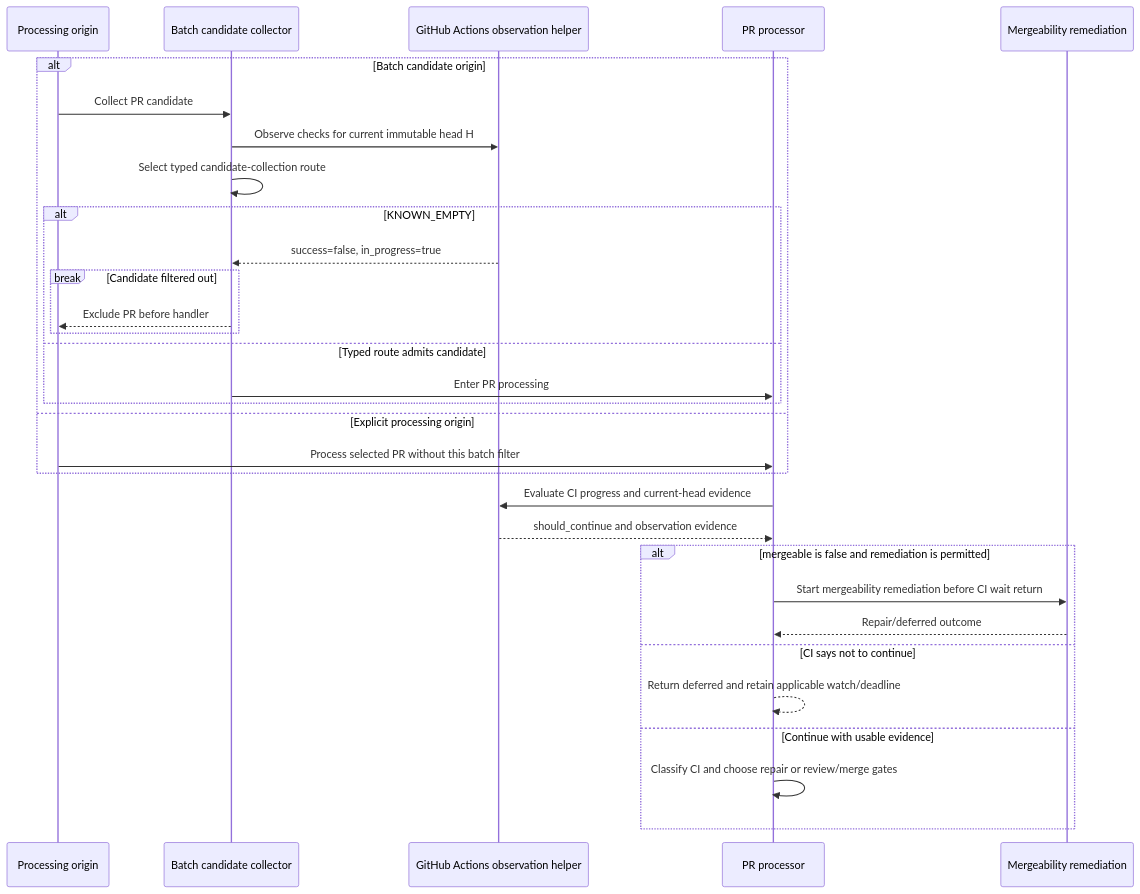
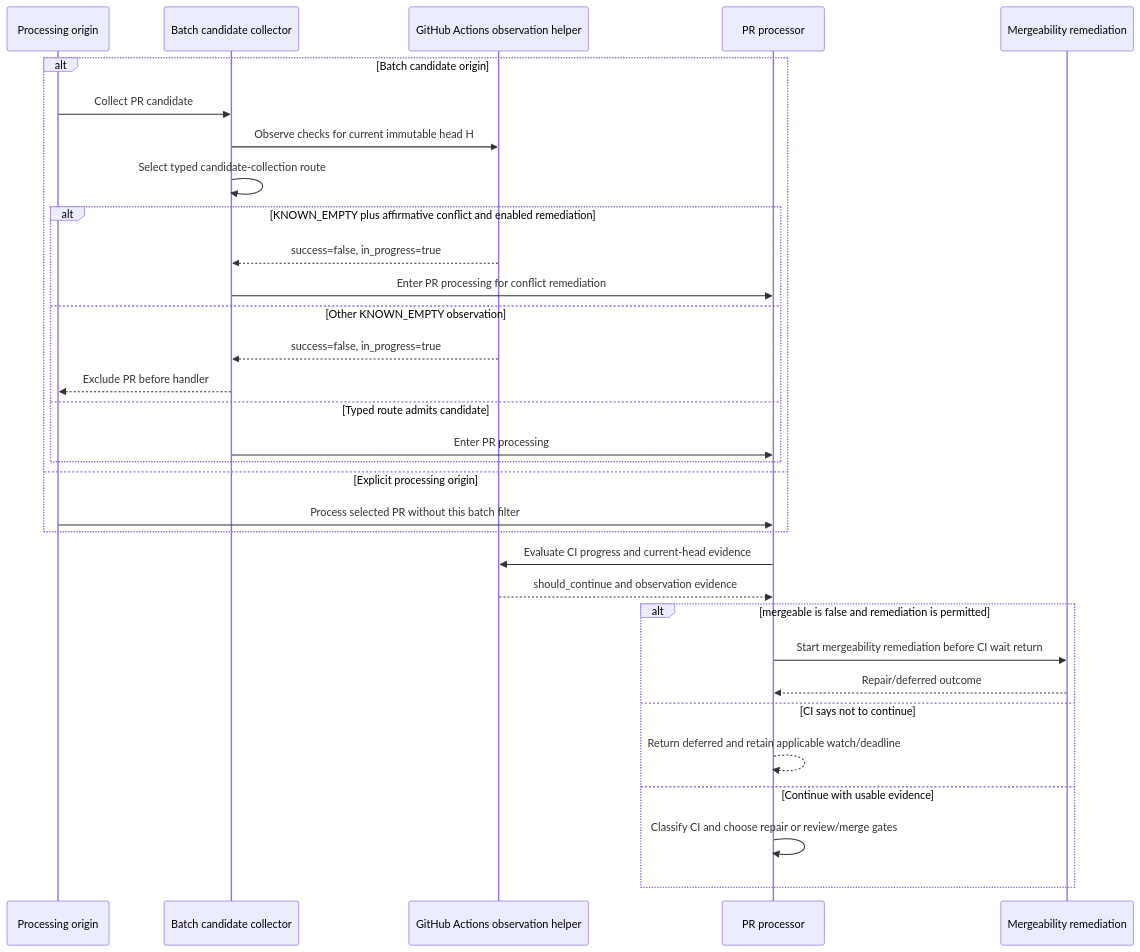
Before and after one commit to kitamura-tetsuo/auto-coder: the first of 2 diagrams in docs/architecture/as-is/pr-ci-and-repair.md, drawn with Mermaid. The commit also changed other lines of this file and 13 other files, not shown here.

````diff
--- a/docs/architecture/as-is/pr-ci-and-repair.md
+++ b/docs/architecture/as-is/pr-ci-and-repair.md
@@ -14,33 +14,34 @@
 ```mermaid
 sequenceDiagram
     participant O as Processing origin
     participant E as Batch candidate collector
     participant C as GitHub Actions observation helper
     participant P as PR processor
     participant R as Mergeability remediation
     alt Batch candidate origin
         O->>E: Collect PR candidate
         E->>C: Observe checks for current immutable head H
         E->>E: Select typed candidate-collection route
-        alt KNOWN_EMPTY
+        alt KNOWN_EMPTY plus affirmative conflict and enabled remediation
             C-->>E: success=false, in_progress=true
-            break Candidate filtered out
-                E-->>O: Exclude PR before handler
-            end
+            E->>P: Enter PR processing for conflict remediation
+        else Other KNOWN_EMPTY observation
+            C-->>E: success=false, in_progress=true
+            E-->>O: Exclude PR before handler
         else Typed route admits candidate
             E->>P: Enter PR processing
         end
     else Explicit processing origin
         O->>P: Process selected PR without this batch filter
     end
     P->>C: Evaluate CI progress and current-head evidence
     C-->>P: should_continue and observation evidence
     alt mergeable is false and remediation is permitted
         P->>R: Start mergeability remediation before CI wait return
         R-->>P: Repair/deferred outcome
     else CI says not to continue
         P-->>P: Return deferred and retain applicable watch/deadline
     else Continue with usable evidence
         P->>P: Classify CI and choose repair or review/merge gates
     end
 ```
````
